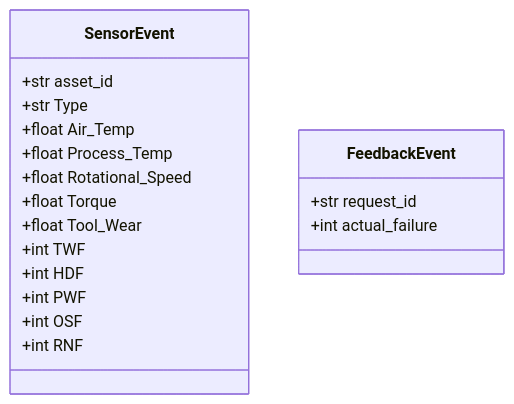
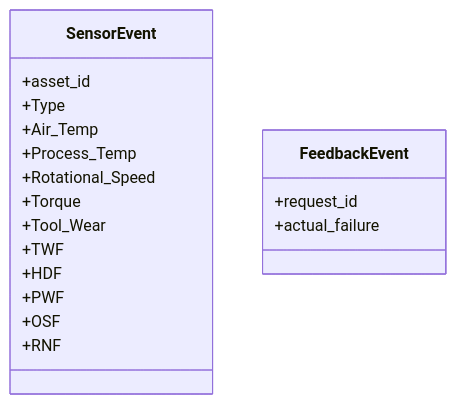
One commit to nhahub/NHA-4-190 changed the ninth of 9 diagrams in docs/03_system_design.md. Above: the diagram before and after it, drawn with Mermaid. The commit also changed other lines of this file and 8 other files, not shown here.

````diff
--- a/docs/03_system_design.md
+++ b/docs/03_system_design.md
@@ -161,21 +158,21 @@
 ```mermaid
 classDiagram
   class SensorEvent {
-    +str asset_id
-    +str Type
-    +float Air_Temp
-    +float Process_Temp
-    +float Rotational_Speed
-    +float Torque
-    +float Tool_Wear
-    +int TWF
-    +int HDF
-    +int PWF
-    +int OSF
-    +int RNF
+    +asset_id
+    +Type
+    +Air_Temp
+    +Process_Temp
+    +Rotational_Speed
+    +Torque
+    +Tool_Wear
+    +TWF
+    +HDF
+    +PWF
+    +OSF
+    +RNF
   }
   class FeedbackEvent {
-    +str request_id
-    +int actual_failure
+    +request_id
+    +actual_failure
   }
 ```
````
